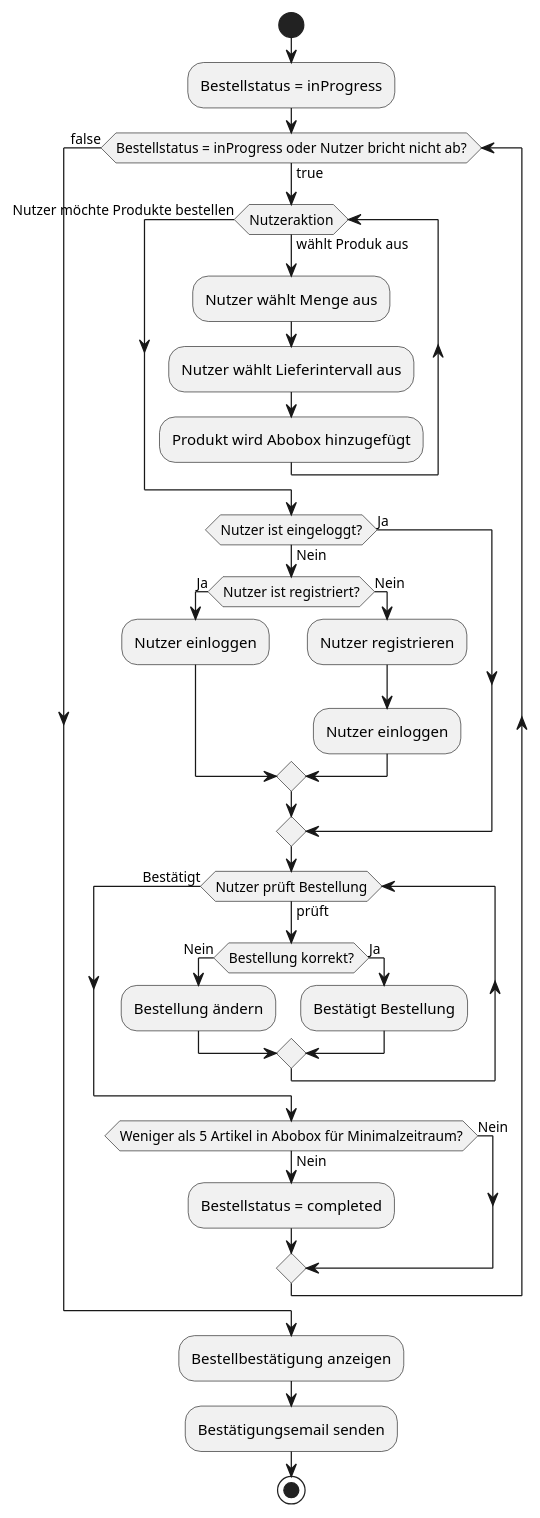
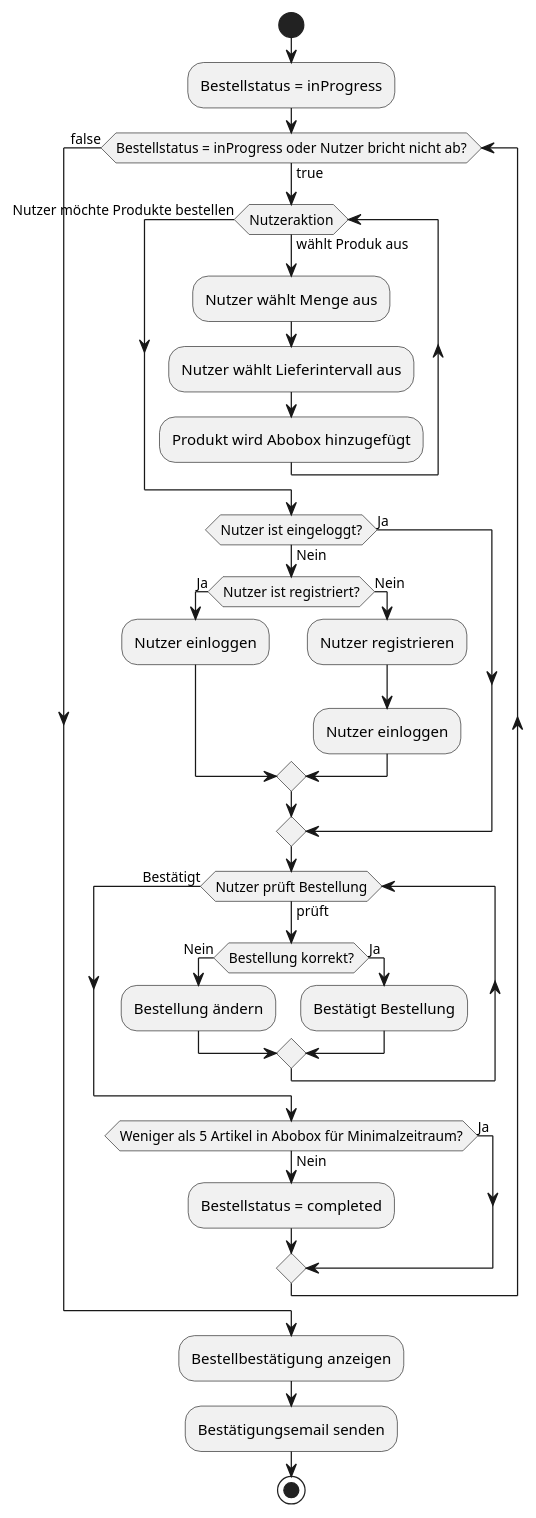
Before and after one commit to gflachs/MAS_Project: the diagram in Fachliche Beschreibung/plantuml/Produkt zur Abobox hinzufuegen.puml, drawn with PlantUML. The commit also changed 12 other files, not shown here.

```diff
--- a/Fachliche Beschreibung/plantuml/Produkt zur Abobox hinzufuegen.puml
+++ b/Fachliche Beschreibung/plantuml/Produkt zur Abobox hinzufuegen.puml
@@ -1,36 +1,36 @@
 @startuml Produkt zur Abobox hinzufügen
 start
 :Bestellstatus = inProgress;
 while (Bestellstatus = inProgress oder Nutzer bricht nicht ab?) is (true)
 while(Nutzeraktion) is (wählt Produk aus)
 :Nutzer wählt Menge aus; 
 :Nutzer wählt Lieferintervall aus;
 :Produkt wird Abobox hinzugefügt;
 endwhile (Nutzer möchte Produkte bestellen)
 if (Nutzer ist eingeloggt?) then (Nein)
     if (Nutzer ist registriert?) then (Ja)
         :Nutzer einloggen;
     else (Nein)
         :Nutzer registrieren;
         :Nutzer einloggen;
     endif
 else (Ja)
     
 endif
 while(Nutzer prüft Bestellung) is (prüft)
 if (Bestellung korrekt?) then (Nein)
     :Bestellung ändern;
 else (Ja)
     :Bestätigt Bestellung;
 endif
 endwhile (Bestätigt)
 if (Weniger als 5 Artikel in Abobox für Minimalzeitraum?) then (Nein)
     :Bestellstatus = completed;
-else (Nein)
+else (Ja)
     
 endif
 endwhile (false) 
 :Bestellbestätigung anzeigen;
 :Bestätigungsemail senden;
 stop
 @enduml
```
